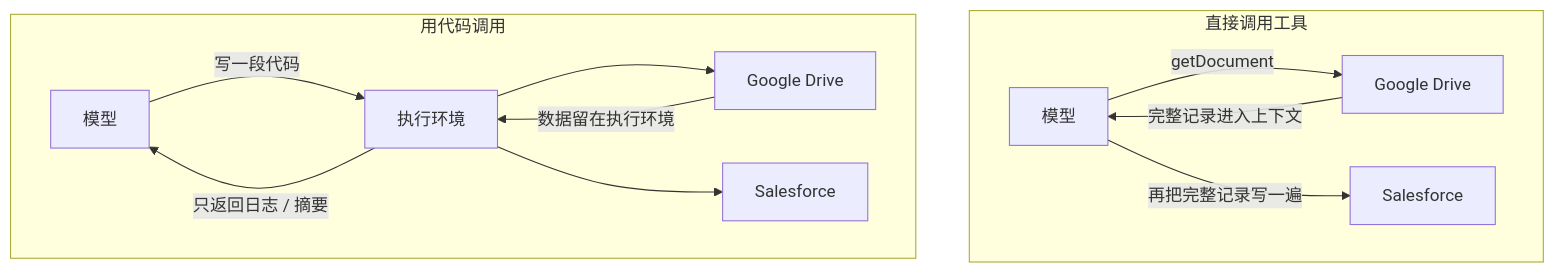
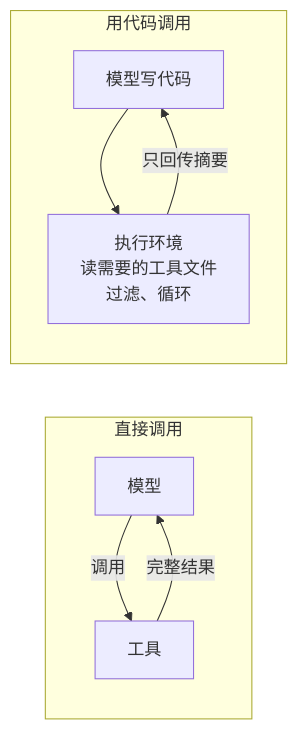
The diagram in docs/36-anthropic-code-execution-with-mcp.md (yzw7489757/ai-coding-videos), drawn with Mermaid before and after one commit. The commit also changed other lines of this file and 6 other files, not shown here.

````diff
--- a/docs/36-anthropic-code-execution-with-mcp.md
+++ b/docs/36-anthropic-code-execution-with-mcp.md
@@ -56,15 +59,11 @@
 ```mermaid
-flowchart TB
-    subgraph A["直接调用工具"]
-        M1["模型"] -->|"getDocument"| T1["Google Drive"]
-        T1 -->|"完整记录进入上下文"| M1
-        M1 -->|"再把完整记录写一遍"| T2["Salesforce"]
-    end
-    subgraph B["用代码调用"]
-        M2["模型"] -->|"写一段代码"| E["执行环境"]
-        E --> T3["Google Drive"]
-        T3 -->|"数据留在执行环境"| E
-        E --> T4["Salesforce"]
-        E -->|"只返回日志 / 摘要"| M2
-    end
+flowchart LR
+  subgraph 直接调用
+    M1["模型"] -->|"调用"| T1["工具"]
+    T1 -->|"完整结果"| M1
+  end
+  subgraph 用代码调用
+    M2["模型写代码"] --> E["执行环境<br/>读需要的工具文件<br/>过滤、循环"]
+    E -->|"只回传摘要"| M2
+  end
 ```
````
